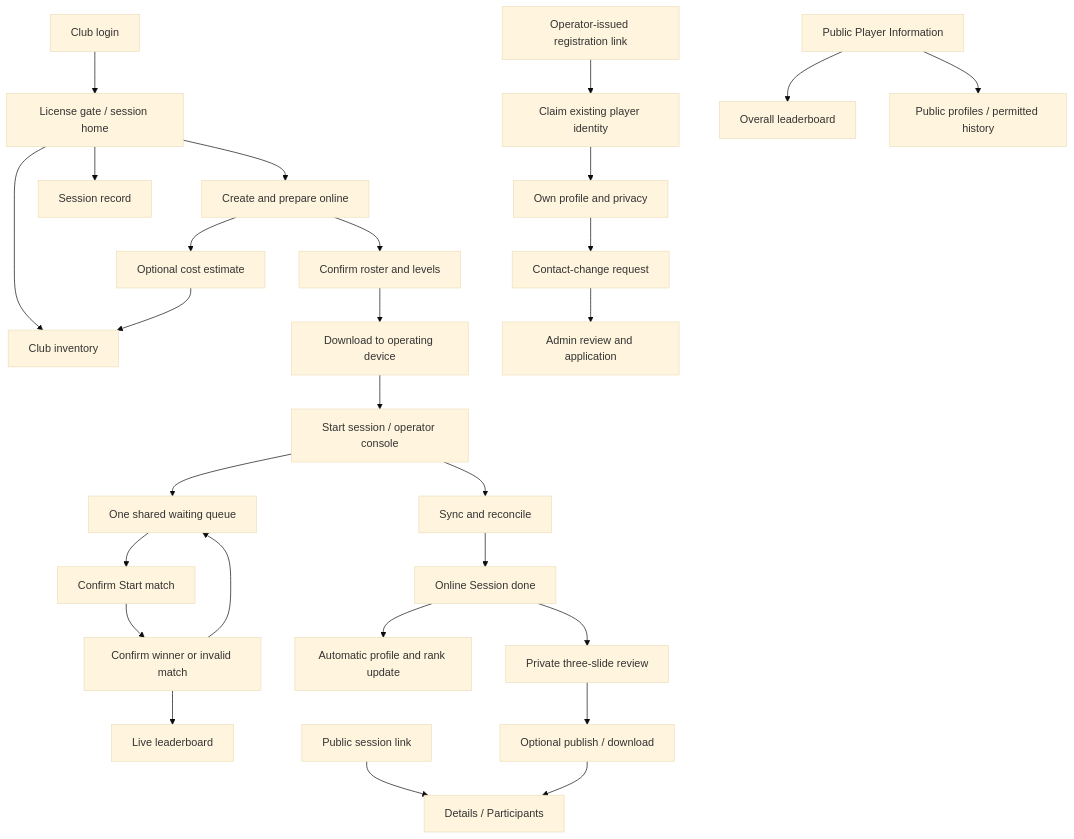
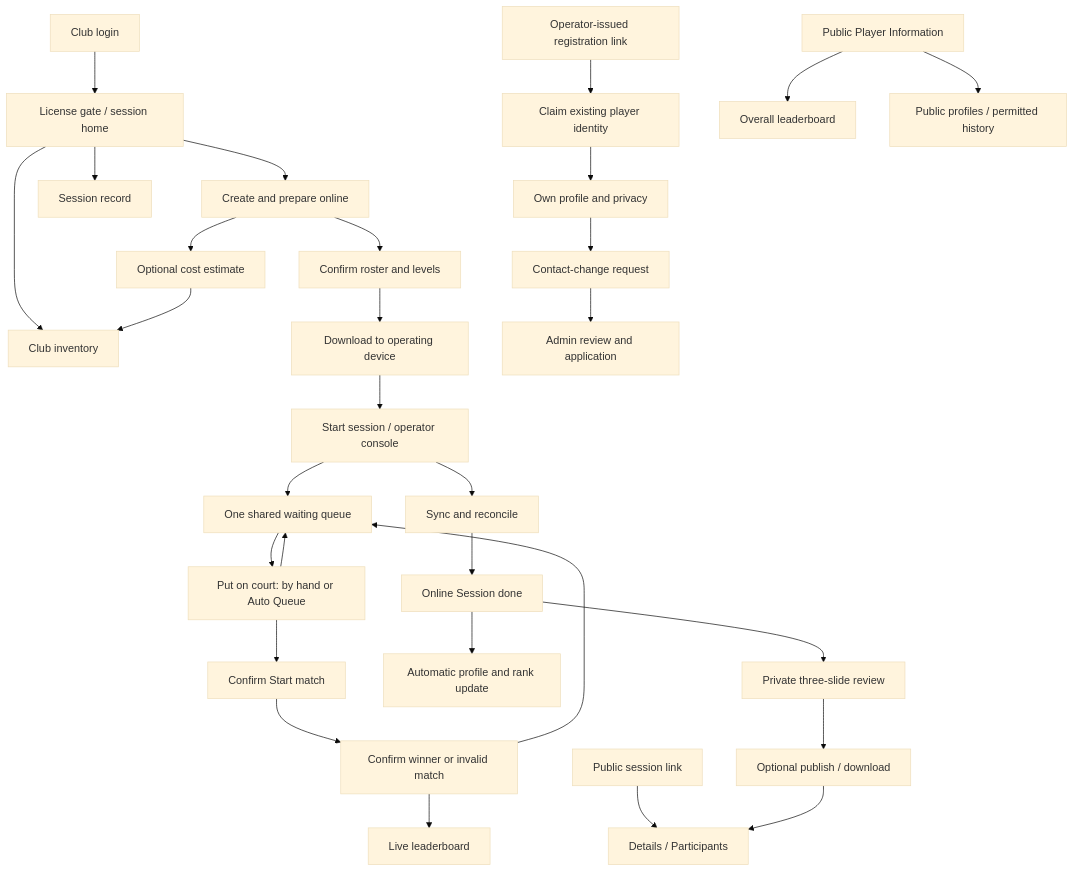
Before and after one commit to jose-codegourmet/rotra-v2: the diagram in docs/screens/product/navigation.md, drawn with Mermaid (base theme). The commit also changed other lines of this file and 46 other files, not shown here.

````diff
--- a/docs/screens/product/navigation.md
+++ b/docs/screens/product/navigation.md
@@ -7,30 +7,32 @@
 ```mermaid
 flowchart TD
   CL[Club login] --> G[License gate / session home]
   G --> PRE[Create and prepare online]
   PRE --> FINANCE[Optional cost estimate]
   G --> INV[Club inventory]
   FINANCE --> INV
   G --> HIST[Session record]
   PRE --> ROSTER[Confirm roster and levels]
   ROSTER --> DL[Download to operating device]
   DL --> RUN[Start session / operator console]
   RUN --> QUEUE[One shared waiting queue]
-  QUEUE --> GAME[Confirm Start match]
+  QUEUE --> ONCOURT[Put on court: by hand or Auto Queue]
+  ONCOURT --> GAME[Confirm Start match]
+  ONCOURT --> QUEUE
   GAME --> END[Confirm winner or invalid match]
   END --> QUEUE
   END --> LB[Live leaderboard]
   RUN --> SYNC[Sync and reconcile]
   SYNC --> FIN[Online Session done]
   FIN --> PROFILE[Automatic profile and rank update]
   FIN --> SLIDES[Private three-slide review]
   SLIDES --> SHARE[Optional publish / download]
   LINK[Public session link] --> PUB[Details / Participants]
   SHARE --> PUB
   CLAIM[Operator-issued registration link] --> ACCOUNT[Claim existing player identity]
   ACCOUNT --> OWN[Own profile and privacy]
   PUBLIC[Public Player Information] --> BOARD[Overall leaderboard]
   PUBLIC --> PP[Public profiles / permitted history]
   OWN --> REQ[Contact-change request]
   REQ --> ADMIN[Admin review and application]
 ```
````
